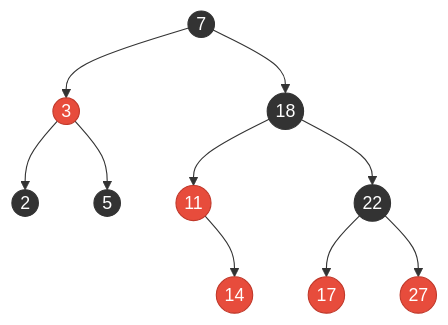
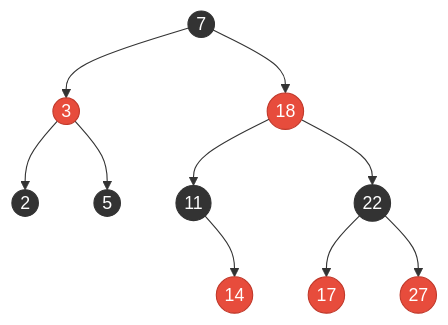
Before and after one commit to apmath-spbu/apmath-spbu.hugo: the first of 4 diagrams in content/basics/binary_trees/red_black_trees.md, drawn with Mermaid. The commit also changed other lines of this file and 3 other files, not shown here.

````diff
--- a/content/basics/binary_trees/red_black_trees.md
+++ b/content/basics/binary_trees/red_black_trees.md
@@ -22,25 +22,25 @@
 ```mermaid
 graph TD
     N7((7)) --> N3((3))
     N7 --> N18((18))
     N3 --> N2((2))
     N3 --> N5((5))
     N18 --> N11((11))
     N18 --> N22((22))
     N11 ~~~ N_1((" "))
     N11 --> N14((14))
     N22 --> N17((17))
     N22 --> N27((27))
 
     style N7 fill:#333,stroke:#333,color:#fff
     style N3 fill:#E74C3C,stroke:#C0392B,color:#fff
-    style N18 fill:#333,stroke:#333,color:#fff
+    style N18 fill:#E74C3C,stroke:#C0392B,color:#fff
     style N2 fill:#333,stroke:#333,color:#fff
     style N5 fill:#333,stroke:#333,color:#fff
-    style N11 fill:#E74C3C,stroke:#C0392B,color:#fff
+    style N11 fill:#333,stroke:#333,color:#fff
     style N22 fill:#333,stroke:#333,color:#fff
     style N14 fill:#E74C3C,stroke:#C0392B,color:#fff
     style N17 fill:#E74C3C,stroke:#C0392B,color:#fff
     style N27 fill:#E74C3C,stroke:#C0392B,color:#fff
     style N_1 fill:none,stroke:none
 ```
````
